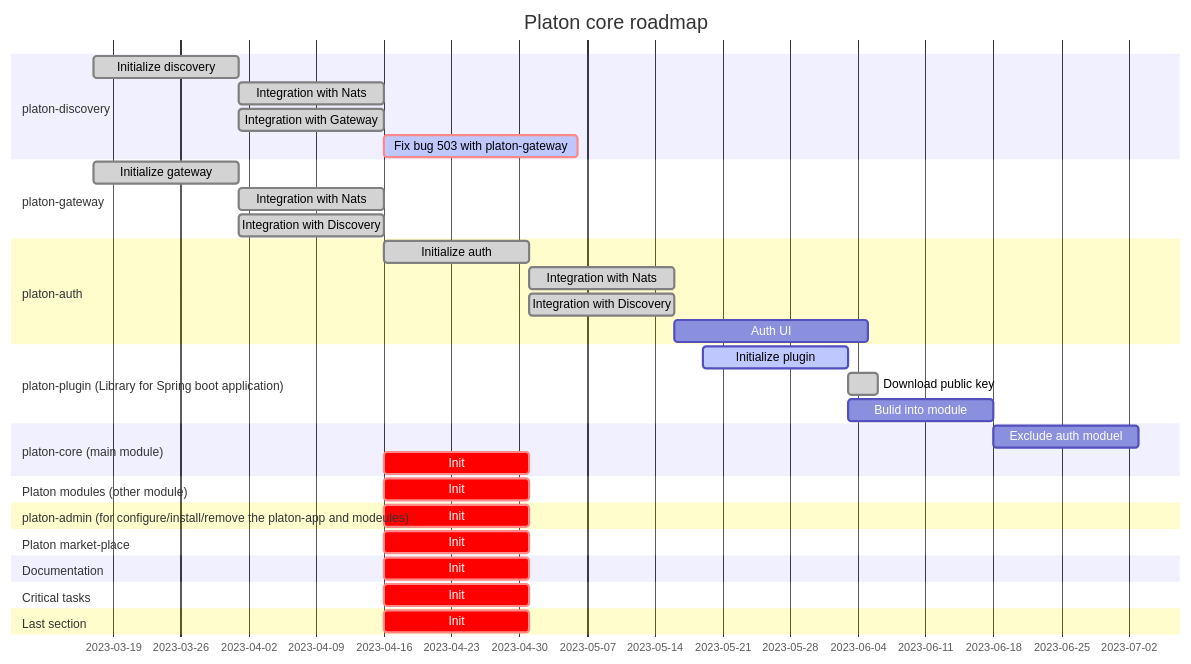
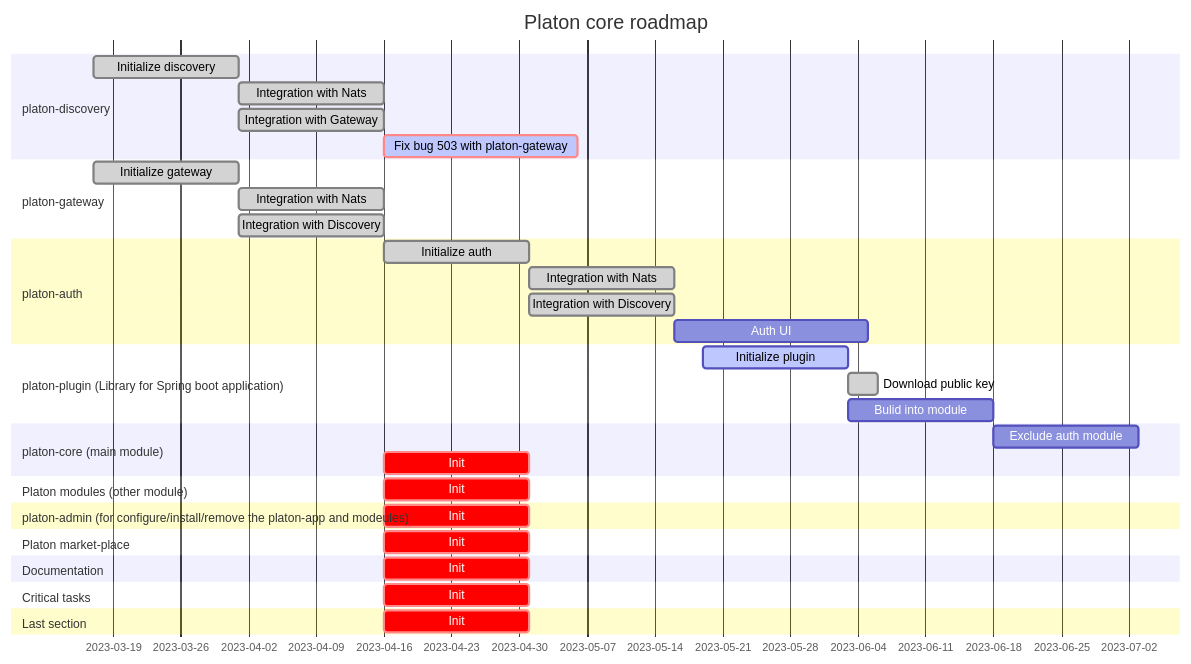
The diagram in README.md (Kamoliddin9798/platon-gantt), drawn with Mermaid before and after one commit.

Commit message:
Update README.md
Optimized

````diff
--- a/README.md
+++ b/README.md
@@ -5,51 +5,51 @@
 ```mermaid
 gantt
        dateFormat  YYYY-MM-DD
        title Platon core roadmap
 
        section platon-discovery
        Initialize discovery                :done,    pd1, 2023-03-17, 15d
        Integration with Nats               :done,    pd2, after pd1, 15d
        Integration with Gateway            :done,    pd3, after pg1, 15d
        Fix bug 503 with platon-gateway     :active,  crit, after pd3, 20d
        
        section platon-gateway
        Initialize gateway                 :done,    pg1, 2023-03-17, 15d
        Integration with Nats              :done,    pg2, after pg1, 15d
        Integration with Discovery         :done,    pg3, after pd1, 15d
        
        section platon-auth
        Initialize auth                    :done,    pa1, after pg3, 15d
        Integration with Nats              :done,    pa2, after pa1, 15d
        Integration with Discovery         :done,    pa3, after pa1, 15d
        Auth UI                            :         after pa3, 20d
        
        section platon-plugin (Library for Spring boot application)
        Initialize plugin         :active,   pp1, 2023-05-19, 15d
        Download public key       :done,     pp2, after pp1, 3d
        Bulid into module         :          pp3, after pp1, 15d
        
        section platon-core (main module)
-       Exclude auth moduel       :           pc1, after pp3, 15d
+       Exclude auth module       :           pc1, after pp3, 15d
        Init                      :crit,      pa1, after pg3, 15d
 
        section Platon modules (other module)
        Init                      :crit,    pa1, after pg3, 15d 
        
        section platon-admin (for configure/install/remove the platon-app and modeules)
        Init                      :crit,    pa1, after pg3, 15d 
        
        section Platon market-place
        Init                      :crit,    pa1, after pg3, 15d 
        
        section Documentation
        Init                      :crit,    pa1, after pg3, 15d 
 
        section Critical tasks
        Init                      :crit,    pa1, after pg3, 15d 
 
        section Last section
        Init                      :crit,    pa1, after pg3, 15d 
 
       
    ```
````
